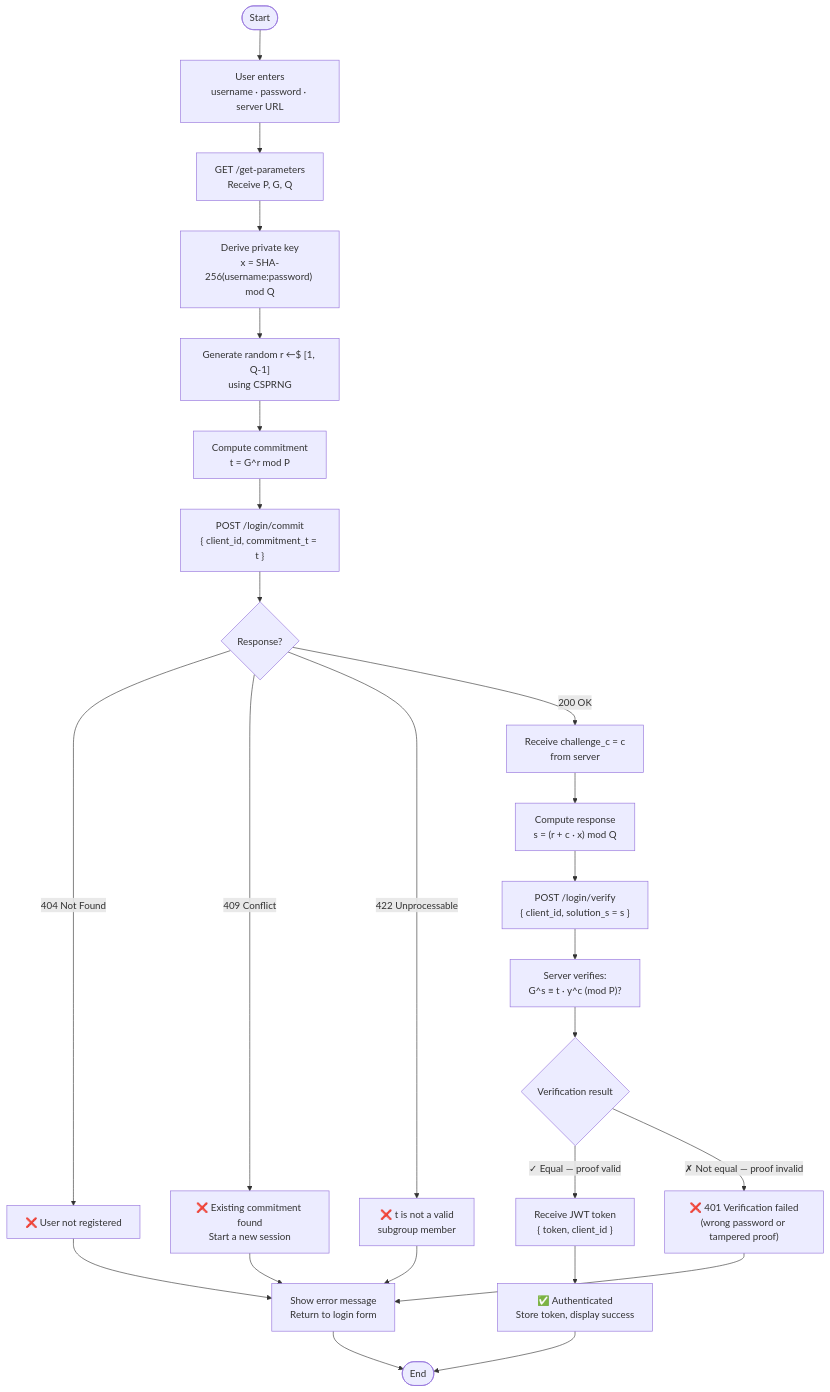
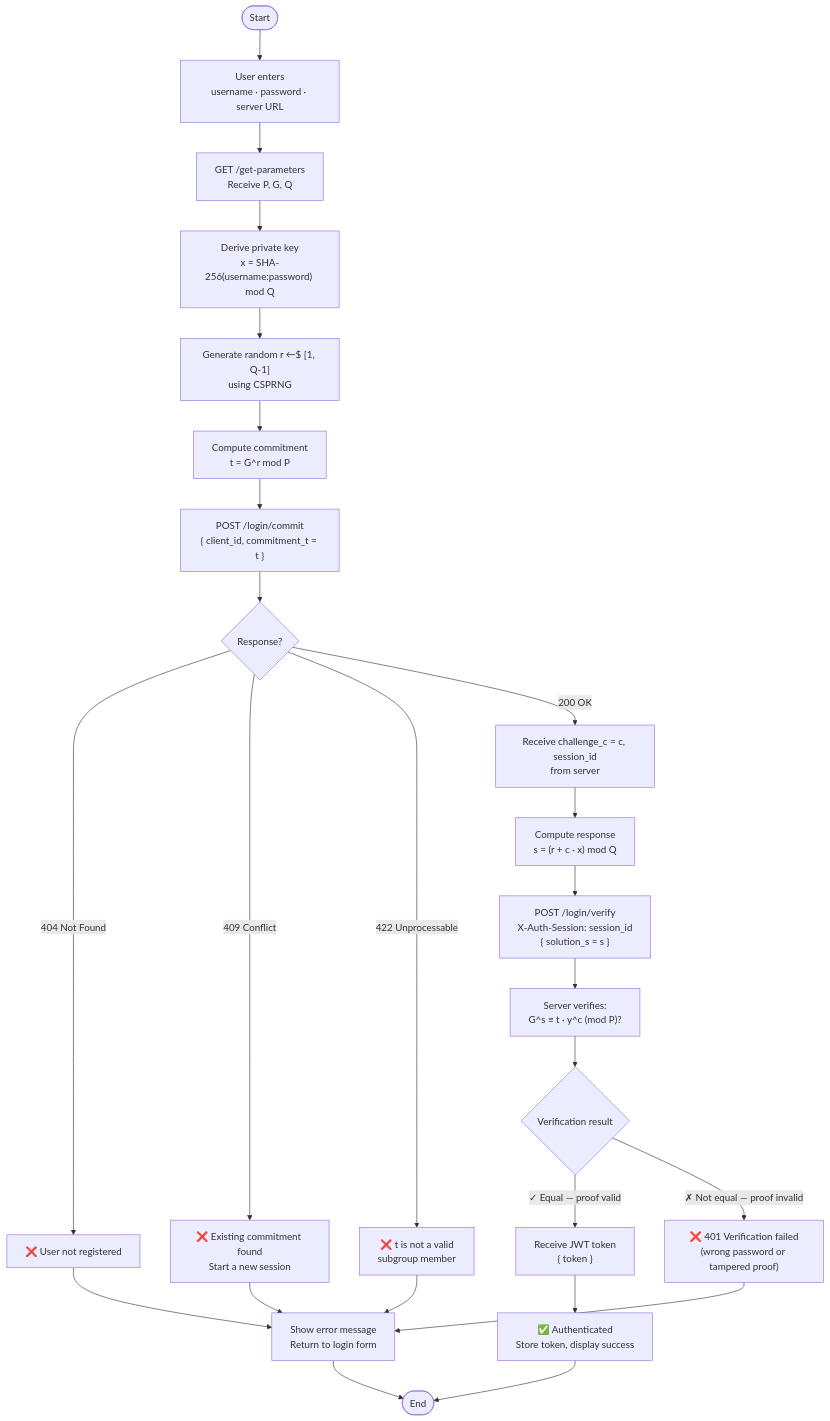
Before and after one commit to matei-rares-a/acas: the diagram in diagrams/diagram_login_flow.mmd, drawn with Mermaid. The commit also changed 13 other files, not shown here.

```diff
--- a/diagrams/diagram_login_flow.mmd
+++ b/diagrams/diagram_login_flow.mmd
@@ -1,21 +1,21 @@
 flowchart TD
     A([Start]) --> B["User enters\nusername · password · server URL"]
     B --> C["GET /get-parameters\nReceive P, G, Q"]
     C --> D["Derive private key\nx = SHA-256(username:password) mod Q"]
     D --> E["Generate random r ←$ [1, Q-1]\nusing CSPRNG"]
     E --> F["Compute commitment\nt = G^r mod P"]
     F --> G["POST /login/commit\n{ client_id, commitment_t = t }"]
     G --> H{Response?}
     H -- "404 Not Found" --> I["❌ User not registered"]
     H -- "409 Conflict" --> J["❌ Existing commitment found\nStart a new session"]
     H -- "422 Unprocessable" --> K["❌ t is not a valid\nsubgroup member"]
-    H -- "200 OK" --> L["Receive challenge_c = c\nfrom server"]
+    H -- "200 OK" --> L["Receive challenge_c = c, session_id\nfrom server"]
     L --> M["Compute response\ns = (r + c · x) mod Q"]
-    M --> N["POST /login/verify\n{ client_id, solution_s = s }"]
+    M --> N["POST /login/verify\nX-Auth-Session: session_id\n{ solution_s = s }"]
     N --> O["Server verifies:\nG^s ≡ t · y^c (mod P)?"]
     O --> P{Verification result}
-    P -- "✓ Equal — proof valid" --> Q["Receive JWT token\n{ token, client_id }"]
+    P -- "✓ Equal — proof valid" --> Q["Receive JWT token\n{ token }"]
     P -- "✗ Not equal — proof invalid" --> R["❌ 401 Verification failed\n(wrong password or tampered proof)"]
     Q --> S["✅ Authenticated\nStore token, display success"]
     I & J & K & R --> T["Show error message\nReturn to login form"]
     S & T --> Z([End])
```
